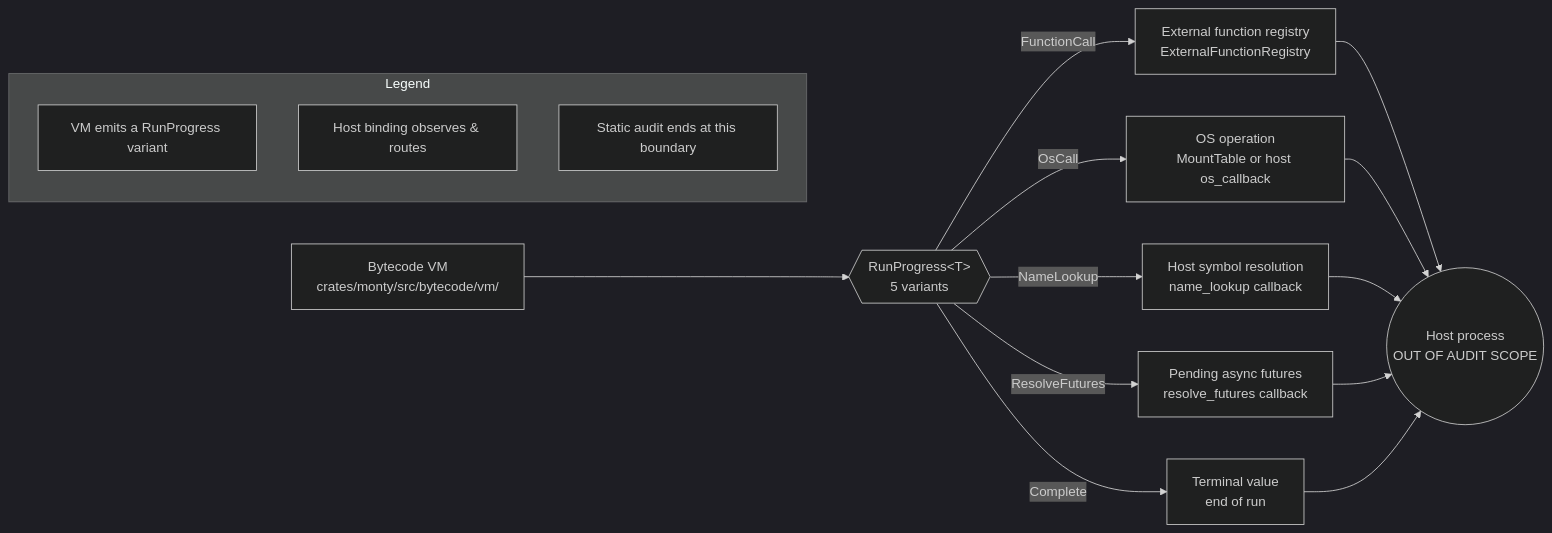
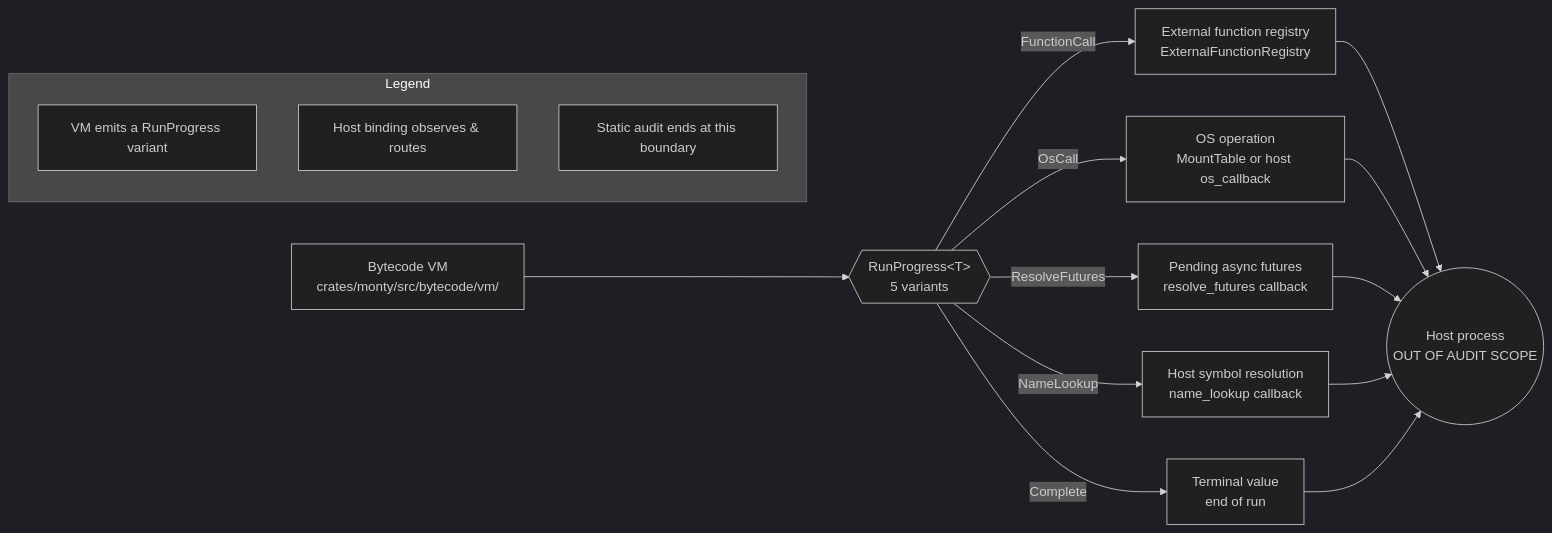
Before and after one commit to Blitzy-Sandbox/blitzy-monty: the fifth of 5 diagrams in SECURITY_AUDIT.md, drawn with Mermaid (dark theme). The commit also changed other lines of this file, not shown here.

````diff
--- a/SECURITY_AUDIT.md
+++ b/SECURITY_AUDIT.md
@@ -737,27 +737,27 @@
 ```mermaid
 flowchart LR
     subgraph Legend[Legend]
         direction TB
         L1[VM emits a RunProgress variant]
         L2[Host binding observes & routes]
         L3[Static audit ends at this boundary]
     end
 
     VM["Bytecode VM<br/>crates/monty/src/bytecode/vm/"] --> RP{{"RunProgress&lt;T&gt;<br/>5 variants"}}
 
     RP -->|FunctionCall| FC["External function registry<br/>ExternalFunctionRegistry"]
     RP -->|OsCall| OC["OS operation<br/>MountTable or host os_callback"]
+    RP -->|ResolveFutures| RF["Pending async futures<br/>resolve_futures callback"]
     RP -->|NameLookup| NL["Host symbol resolution<br/>name_lookup callback"]
-    RP -->|ResolveFutures| RF["Pending async futures<br/>resolve_futures callback"]
     RP -->|Complete| DN["Terminal value<br/>end of run"]
 
     FC --> HostBoundary(("Host process<br/>OUT OF AUDIT SCOPE"))
     OC --> HostBoundary
+    RF --> HostBoundary
     NL --> HostBoundary
-    RF --> HostBoundary
     DN --> HostBoundary
 
 %% Legend: The five arrows from RunProgress are the only controlled outbound-yield paths.
 %% Anything beyond HostBoundary executes in the host process and is out of scope for this
 %% static audit because it cannot be observed from Monty's source alone.
 ```
````
